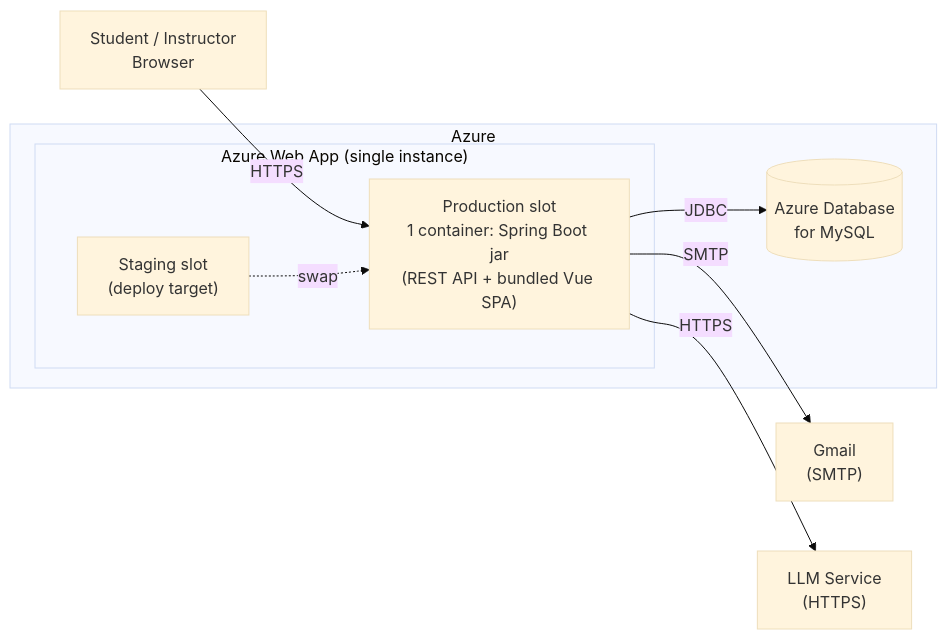
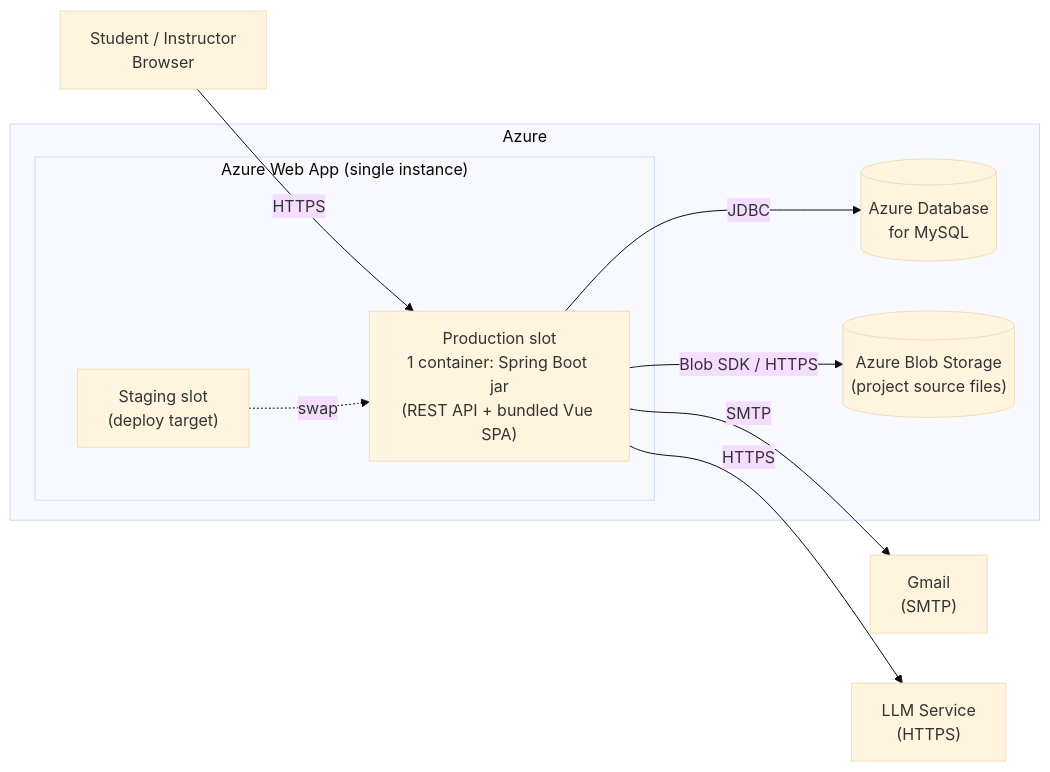
The sixth of 6 diagrams in docs/design/architectural-design.md (Washingtonwei/project-pulse), drawn with Mermaid (base theme) before and after one commit. The commit also changed other lines of this file and 7 other files, not shown here.

First line of the commit message:
docs: architecture-review fixes + docs-vs-code gap-analysis backlog

````diff
--- a/docs/design/architectural-design.md
+++ b/docs/design/architectural-design.md
@@ -250,19 +255,21 @@
 ```mermaid
 flowchart LR
     browser["Student / Instructor<br/>Browser"]
     subgraph azure["Azure"]
         subgraph webapp["Azure Web App (single instance)"]
             slot["Production slot<br/>1 container: Spring Boot jar<br/>(REST API + bundled Vue SPA)"]
             staging["Staging slot<br/>(deploy target)"]
         end
         db[("Azure Database<br/>for MySQL")]
+        blob[("Azure Blob Storage<br/>(project source files)")]
     end
     gmail["Gmail<br/>(SMTP)"]
     llm["LLM Service<br/>(HTTPS)"]
 
     browser -->|HTTPS| slot
     slot -->|JDBC| db
+    slot -->|Blob SDK / HTTPS| blob
     slot -->|SMTP| gmail
     slot -->|HTTPS| llm
     staging -. swap .-> slot
 ```
````
